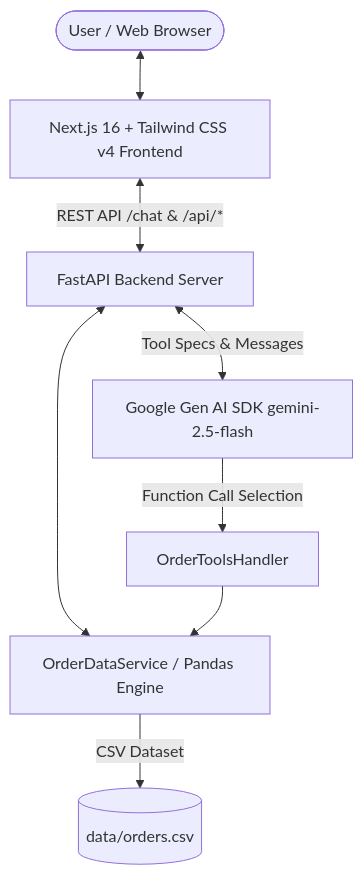
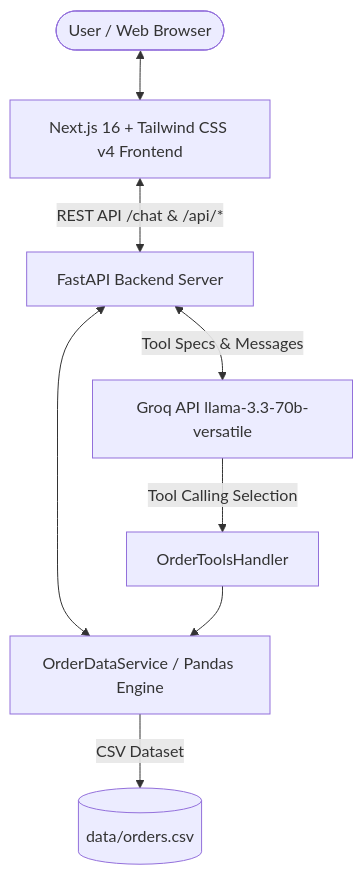
One commit to chxisty/order-assistant changed the diagram in WRITEUP.md. Above: the diagram before and after it, drawn with Mermaid. The commit also changed other lines of this file and 9 other files, not shown here.

Commit message:
Switch backend AI provider to Groq

````diff
--- a/WRITEUP.md
+++ b/WRITEUP.md
@@ -15,10 +15,10 @@
 ```mermaid
 graph TD
     User([User / Web Browser]) <--> Frontend[Next.js 16 + Tailwind CSS v4 Frontend]
     Frontend <-->|REST API /chat & /api/*| Backend[FastAPI Backend Server]
     Backend <--> DataEngine[OrderDataService / Pandas Engine]
-    Backend <-->|Tool Specs & Messages| Gemini[Google Gen AI SDK gemini-2.5-flash]
-    Gemini -->|Function Call Selection| ToolHandler[OrderToolsHandler]
+    Backend <-->|Tool Specs & Messages| Groq[Groq API llama-3.3-70b-versatile]
+    Groq -->|Tool Calling Selection| ToolHandler[OrderToolsHandler]
     ToolHandler --> DataEngine
     DataEngine -->|CSV Dataset| OrdersCSV[(data/orders.csv)]
 ```
````
